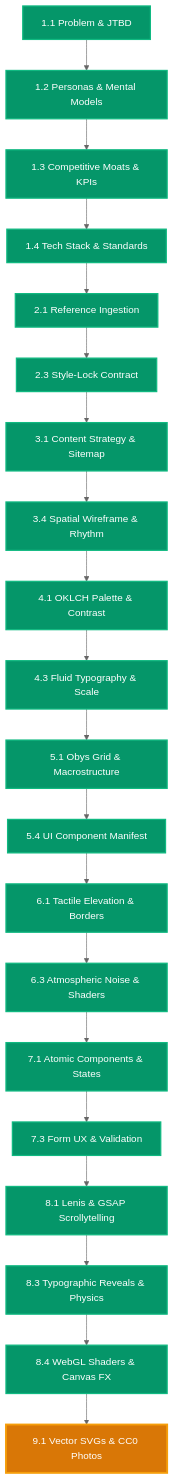
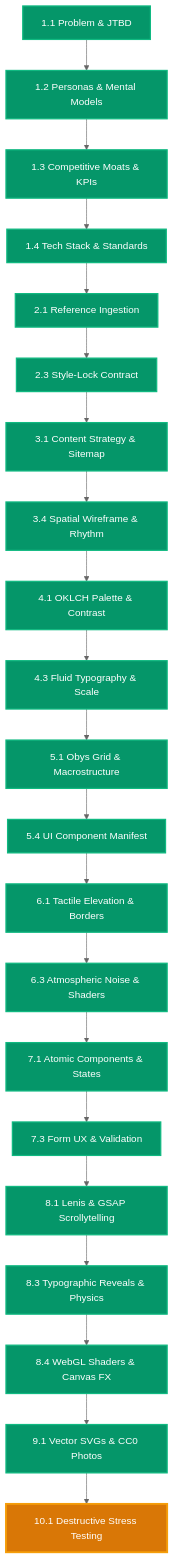
Before and after one commit to atinek-182/Vidya-Dham-Academy: the diagram in RESUME.md, drawn with Mermaid (neutral theme). The commit also changed other lines of this file and 32 other files, not shown here.

````diff
--- a/RESUME.md
+++ b/RESUME.md
@@ -42,26 +41,27 @@
 ```mermaid
 graph TD
   P1_1["1.1 Problem & JTBD"]:::completed --> P1_2["1.2 Personas & Mental Models"]:::completed
   P1_2 --> P1_3["1.3 Competitive Moats & KPIs"]:::completed
   P1_3 --> P1_4["1.4 Tech Stack & Standards"]:::completed
   P1_4 --> P2_1["2.1 Reference Ingestion"]:::completed
   P2_1 --> P2_3["2.3 Style-Lock Contract"]:::completed
   P2_3 --> P3_1["3.1 Content Strategy & Sitemap"]:::completed
   P3_1 --> P3_4["3.4 Spatial Wireframe & Rhythm"]:::completed
   P3_4 --> P4_1["4.1 OKLCH Palette & Contrast"]:::completed
   P4_1 --> P4_3["4.3 Fluid Typography & Scale"]:::completed
   P4_3 --> P5_1["5.1 Obys Grid & Macrostructure"]:::completed
   P5_1 --> P5_4["5.4 UI Component Manifest"]:::completed
   P5_4 --> P6_1["6.1 Tactile Elevation & Borders"]:::completed
   P6_1 --> P6_3["6.3 Atmospheric Noise & Shaders"]:::completed
   P6_3 --> P7_1["7.1 Atomic Components & States"]:::completed
   P7_1 --> P7_3["7.3 Form UX & Validation"]:::completed
   P7_3 --> P8_1["8.1 Lenis & GSAP Scrollytelling"]:::completed
   P8_1 --> P8_3["8.3 Typographic Reveals & Physics"]:::completed
   P8_3 --> P8_4["8.4 WebGL Shaders & Canvas FX"]:::completed
-  P8_4 --> P9_1["9.1 Vector SVGs & CC0 Photos"]:::active
+  P8_4 --> P9_1["9.1 Vector SVGs & CC0 Photos"]:::completed
+  P9_1 --> P10_1["10.1 Destructive Stress Testing"]:::active
 
   classDef completed fill:#059669,stroke:#10b981,color:#ffffff,stroke-width:2px;
   classDef active fill:#d97706,stroke:#f59e0b,color:#ffffff,stroke-width:3px;
   classDef pending fill:#1f2937,stroke:#374151,color:#9ca3af,stroke-width:1px;
 ```
````
